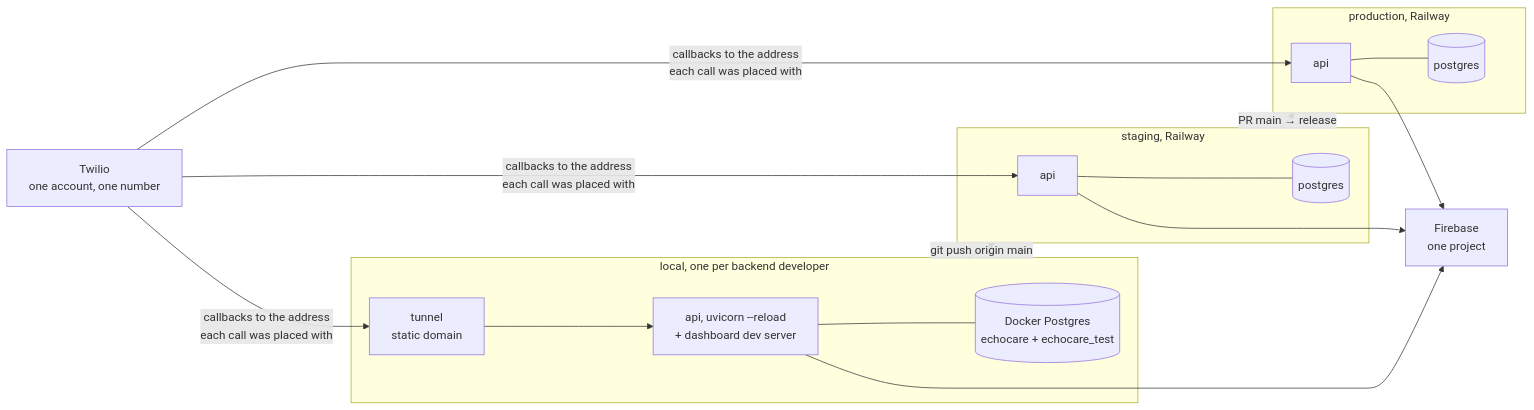
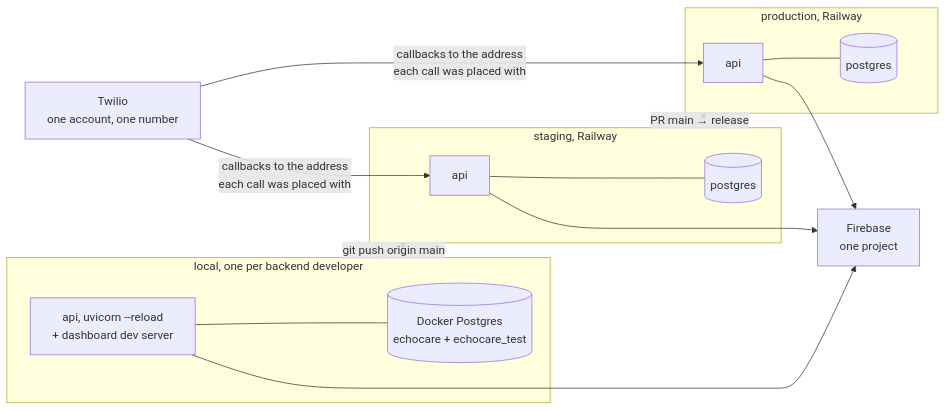
Before and after one commit to paulhondola/EchoCare: the second of 3 diagrams in docs/adr/ADR-001-monorepo-and-delivery.md, drawn with Mermaid. The commit also changed other lines of this file and 26 other files, not shown here.

````diff
--- a/docs/adr/ADR-001-monorepo-and-delivery.md
+++ b/docs/adr/ADR-001-monorepo-and-delivery.md
@@ -342,26 +342,24 @@
 ```mermaid
 flowchart LR
     subgraph L["local, one per backend developer"]
         LAPI["api, uvicorn --reload<br/>+ dashboard dev server"]
         LDB[("Docker Postgres<br/>echocare + echocare_test")]
-        TUN["tunnel<br/>static domain"]
         LAPI --- LDB
-        TUN --> LAPI
     end
 
     subgraph S["staging, Railway"]
         SAPI["api"] --- SDB[("postgres")]
     end
 
     subgraph P["production, Railway"]
         PAPI["api"] --- PDB[("postgres")]
     end
 
     TW["Twilio<br/>one account, one number"]
     FB["Firebase<br/>one project"]
 
     L -->|"git push origin main"| S
     S -->|"PR main → release"| P
-    TW -->|"callbacks to the address<br/>each call was placed with"| TUN & SAPI & PAPI
+    TW -->|"callbacks to the address<br/>each call was placed with"| SAPI & PAPI
     LAPI & SAPI & PAPI --> FB
 ```
````
